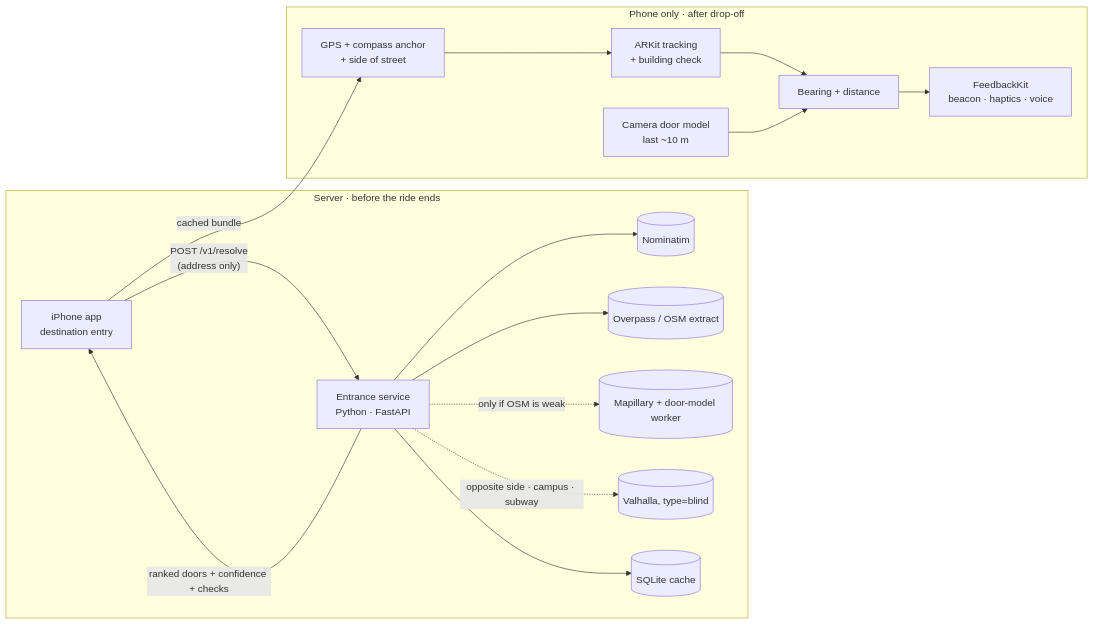
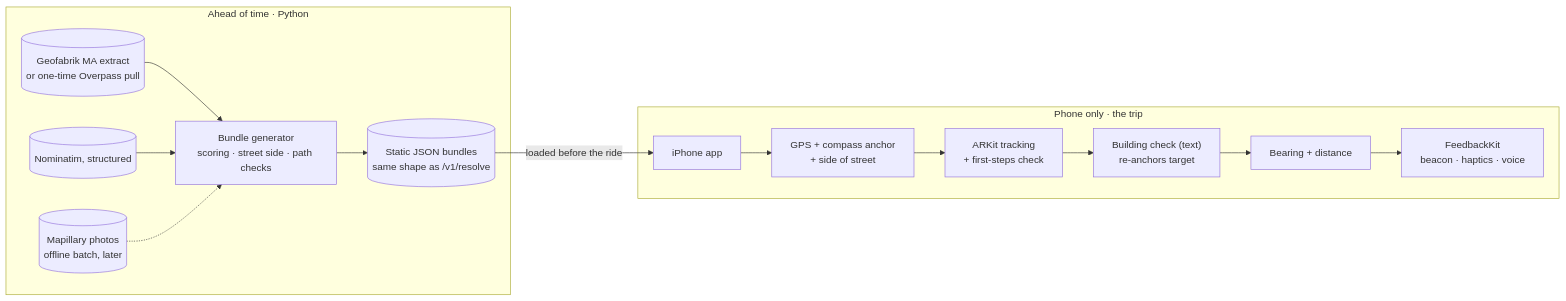
Before and after one commit to MIT-Assistive-Technology/SW_BlindAssistance_Nemo: the first of 2 diagrams in docs/car-to-curb-plan.md, drawn with Mermaid. The commit also changed other lines of this file and 22 other files, not shown here.

First line of the commit message:
Apply architecture review fixes (2026-10-06)

````diff
--- a/docs/car-to-curb-plan.md
+++ b/docs/car-to-curb-plan.md
@@ -191,19 +211,17 @@
 ```mermaid
 flowchart LR
-  subgraph S1["Server · before the ride ends"]
-    A["iPhone app<br/>destination entry"] -->|"POST /v1/resolve<br/>(address only)"| B["Entrance service<br/>Python · FastAPI"]
-    B --> C[("Nominatim")]
-    B --> D[("Overpass / OSM extract")]
-    B -.->|"only if OSM is weak"| E[("Mapillary + door-model worker")]
-    B -.->|"opposite side · campus · subway"| V[("Valhalla, type=blind")]
-    B --> F[("SQLite cache")]
-    B -->|"ranked doors + confidence + checks"| A
+  subgraph S1["Ahead of time · Python"]
+    P[("Geofabrik MA extract<br/>or one-time Overpass pull")] --> B["Bundle generator<br/>scoring · street side · path checks"]
+    N[("Nominatim, structured")] --> B
+    M[("Mapillary photos<br/>offline batch, later")] -.-> B
+    B --> J[("Static JSON bundles<br/>same shape as /v1/resolve")]
   end
-  subgraph S2["Phone only · after drop-off"]
-    G["GPS + compass anchor<br/>+ side of street"] --> H["ARKit tracking<br/>+ building check"]
-    H --> I["Bearing + distance"]
-    K["Camera door model<br/>last ~10 m"] --> I
-    I --> J["FeedbackKit<br/>beacon · haptics · voice"]
+  subgraph S2["Phone only · the trip"]
+    J -->|"loaded before the ride"| A["iPhone app"]
+    A --> G["GPS + compass anchor<br/>+ side of street"]
+    G --> H["ARKit tracking<br/>+ first-steps check"]
+    H --> T["Building check (text)<br/>re-anchors target"]
+    T --> I["Bearing + distance"]
+    I --> F["FeedbackKit<br/>beacon · haptics · voice"]
   end
-  A -->|"cached bundle"| G
 ```
````
